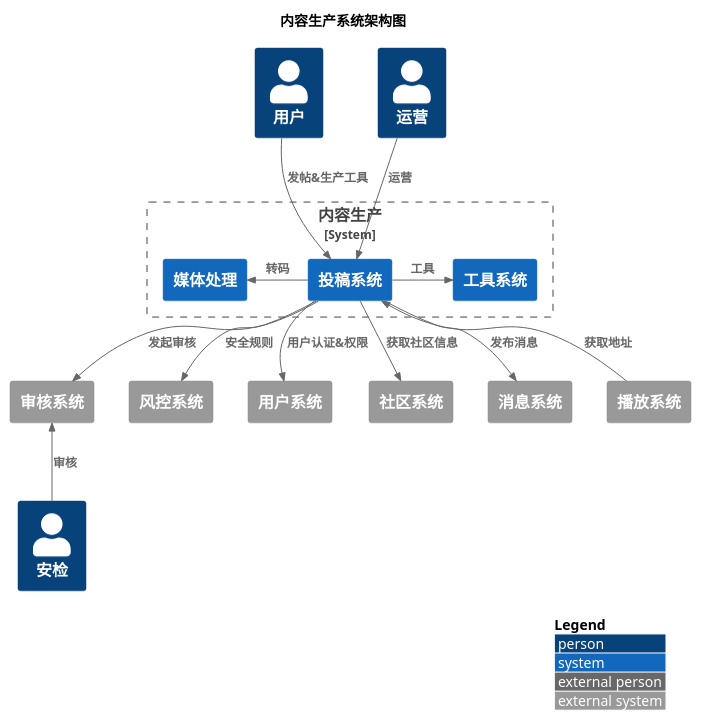
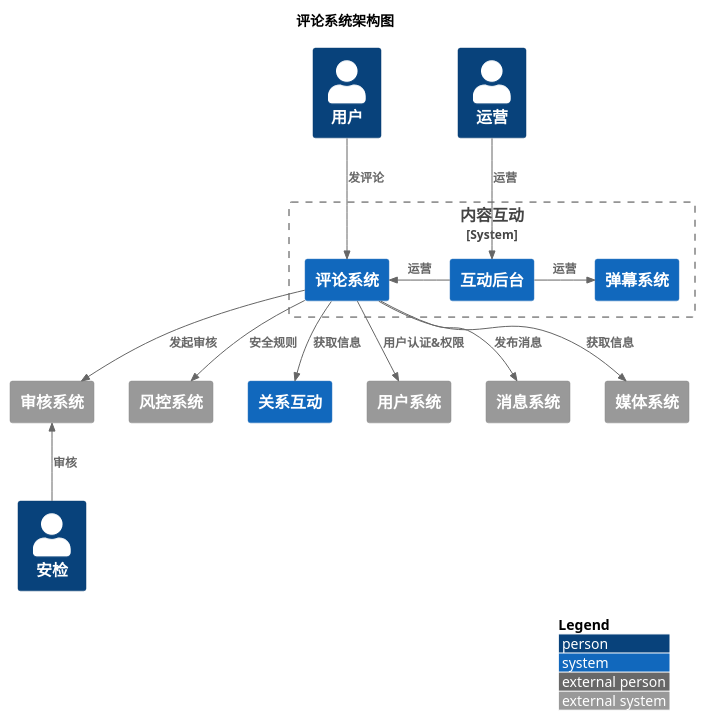
One commit to nxnnxn/community-doc changed the diagram in puml/interact/content/comment/system.puml. Above: the diagram before and after it, drawn with PlantUML. The commit also changed 14 other files, not shown here.

```diff
--- a/puml/interact/content/comment/system.puml
+++ b/puml/interact/content/comment/system.puml
@@ -1,41 +1,39 @@
 @startuml
 !include <C4/C4_Context>
 LAYOUT_WITH_LEGEND()
 
-title 内容生产系统架构图
+title 评论系统架构图
 
 Person(user, "用户")
 Person(user1, "运营")
 Person(user2, "安检")
 
-System_Boundary(commentProduction, "内容生产"){
-     System(media_process, "媒体处理")
-     System(post, "投稿系统")
-     System(postTool, "工具系统")
-     Rel_L(post, media_process, "转码")
-     Rel_R(post, postTool, "工具")
+System_Boundary(relationContentProduction, "内容互动"){
+     System(comment, "评论系统")
+     System(barrage, "弹幕系统")
+     System(admin, "互动后台")
+     Rel_R(admin, barrage, "运营")
+     Rel_R(admin, comment, "运营")
 }
 
 System_Ext(security,"风控系统")
+System(relation,"关系互动")
 System_Ext(userSystem,"用户系统")
-System_Ext(community, "社区系统")
 System_Ext(audit, "审核系统")
 System_Ext(message, "消息系统")
-System_Ext(play, "播放系统")
-Rel(user, post, "发帖&生产工具")
-Rel(user1,post, "运营")
+System_Ext(videoSystem, "媒体系统")
+Rel(user, comment, "发评论")
+Rel(user1,admin, "运营")
 
-Rel(post, security, "安全规则")
-Rel(post, userSystem, "用户认证&权限")
-Rel(post, community, "获取社区信息")
-Rel(post, message, "发布消息")
-Rel(post, audit, "发起审核")
+Rel(comment, security, "安全规则")
+Rel(comment, userSystem, "用户认证&权限")
+Rel(comment, message, "发布消息")
+Rel(comment, videoSystem, "获取信息")
+Rel(comment, relation, "获取信息")
+Rel(comment, audit, "发起审核")
 Rel_U(user2, audit, "审核")
 
 
 
-Rel_U(play, post, "获取地址")
-
-
 
 @enduml
```
